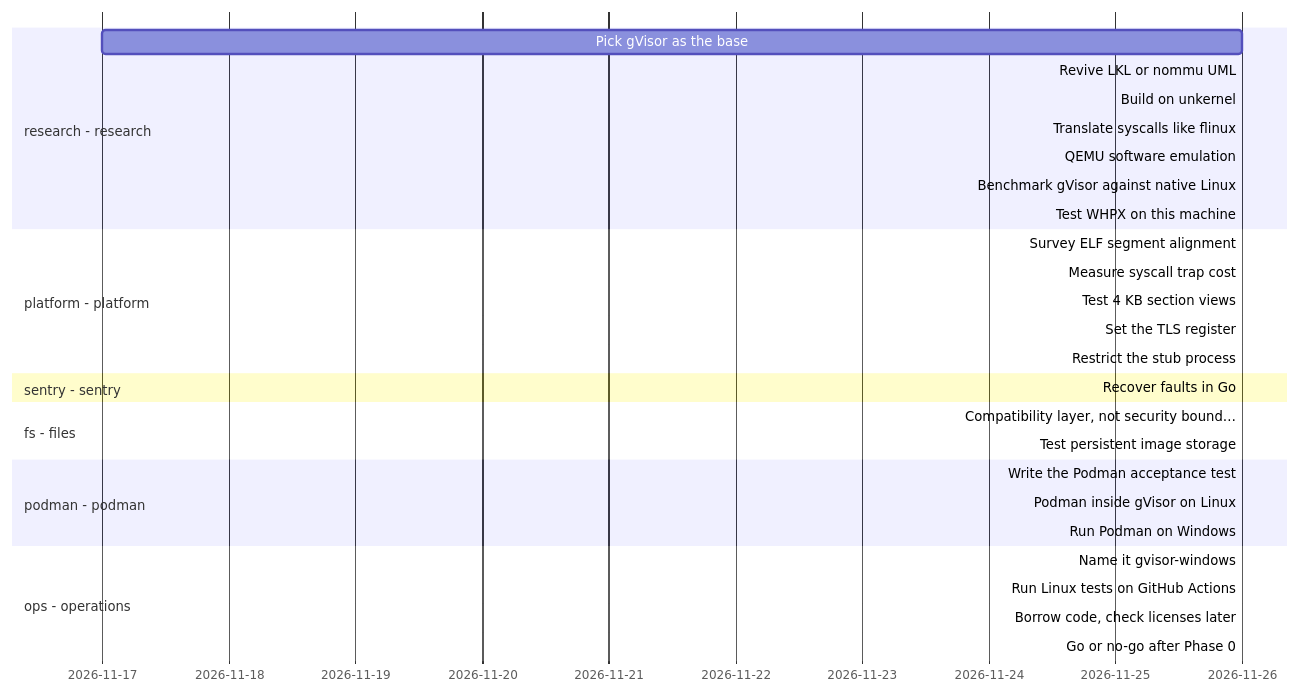
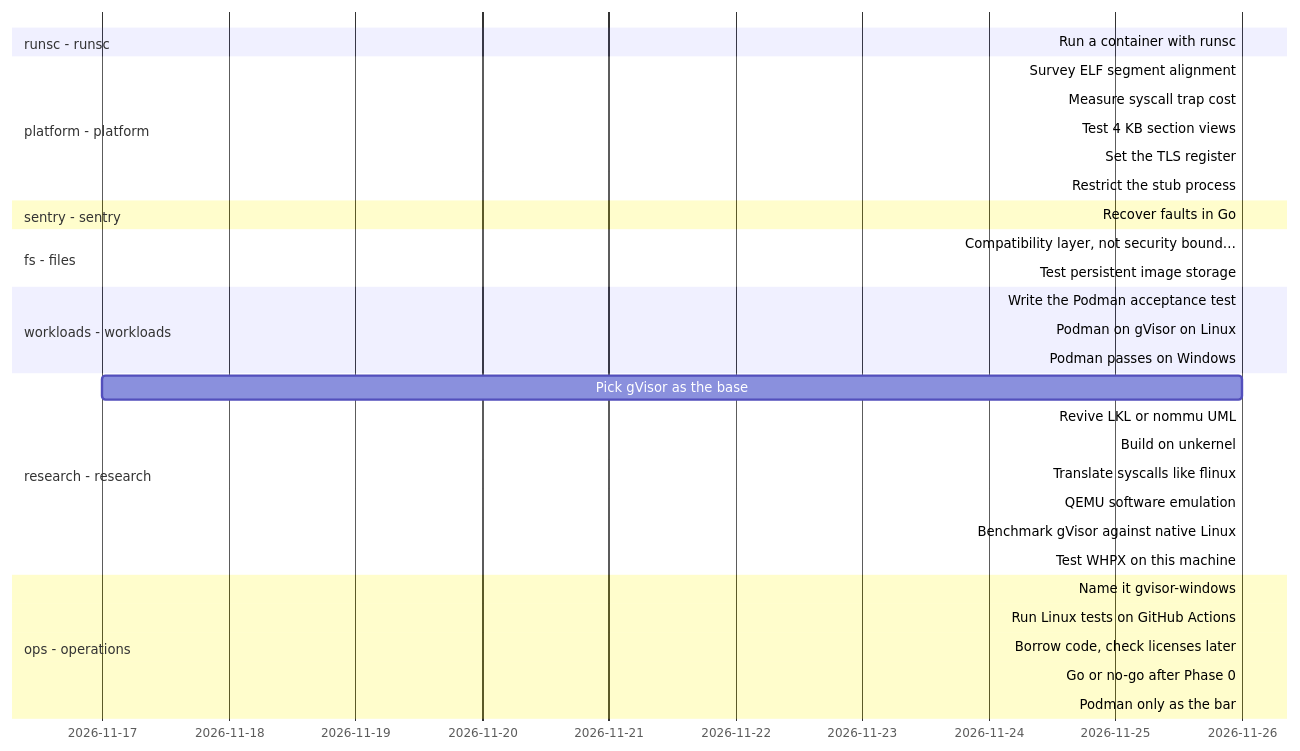
Before and after one commit to lhns/gvisor-windows: the diagram in docs/roadmap/timeline.md, drawn with Mermaid. The commit also changed 15 other files, not shown here.

First line of the commit message:
Frame the fork as gVisor on Windows hosts, Podman only as the bar

````diff
--- a/docs/roadmap/timeline.md
+++ b/docs/roadmap/timeline.md
@@ -10,33 +10,36 @@
 ```mermaid
 gantt
     dateFormat YYYY-MM-DD
     axisFormat %Y-%m-%d
-    section research - research
-    Pick gVisor as the base :research_gvisor_base, 2026-11-17, 2026-11-26
-    Revive LKL or nommu UML :crit, research_lkl_nommu, 2026-11-26, 2026-11-26
-    Build on unkernel :crit, research_unkernel, 2026-11-26, 2026-11-26
-    Translate syscalls like flinux :crit, research_flinux_translation, 2026-11-26, 2026-11-26
-    QEMU software emulation :crit, research_qemu_emulation, 2026-11-26, 2026-11-26
-    Benchmark gVisor against native Linux :active, research_gvisor_benchmark, 2026-11-26, 2026-11-26
-    Test WHPX on this machine :active, research_whpx_this_machine, 2026-11-26, 2026-11-26
+    section runsc - runsc
+    Run a container with runsc :runsc_container_on_windows, 2026-11-26, 2026-11-26
     section platform - platform
     Survey ELF segment alignment :active, platform_elf_alignment_survey, 2026-11-26, 2026-11-26
     Measure syscall trap cost :active, platform_trap_cost, 2026-11-26, 2026-11-26
     Test 4 KB section views :active, platform_4k_section_views, 2026-11-26, 2026-11-26
     Set the TLS register :active, platform_tls_register, 2026-11-26, 2026-11-26
     Restrict the stub process :active, platform_restricted_stub, 2026-11-26, 2026-11-26
     section sentry - sentry
     Recover faults in Go :active, sentry_go_fault_recovery, 2026-11-26, 2026-11-26
     section fs - files
     Compatibility layer, not security bound… :fs_compat_layer_not_boundary, 2026-11-26, 2026-11-26
     Test persistent image storage :active, fs_persistent_image_storage, 2026-11-26, 2026-11-26
-    section podman - podman
-    Write the Podman acceptance test :active, podman_acceptance_test, 2026-11-26, 2026-11-26
-    Podman inside gVisor on Linux :active, podman_inside_gvisor_linux, 2026-11-26, 2026-11-26
-    Run Podman on Windows :podman_acceptance_on_windows, 2026-11-26, 2026-11-26
+    section workloads - workloads
+    Write the Podman acceptance test :active, workloads_acceptance_test, 2026-11-26, 2026-11-26
+    Podman on gVisor on Linux :active, workloads_podman_on_gvisor_linux, 2026-11-26, 2026-11-26
+    Podman passes on Windows :workloads_podman_on_windows, 2026-11-26, 2026-11-26
+    section research - research
+    Pick gVisor as the base :research_gvisor_base, 2026-11-17, 2026-11-26
+    Revive LKL or nommu UML :crit, research_lkl_nommu, 2026-11-26, 2026-11-26
+    Build on unkernel :crit, research_unkernel, 2026-11-26, 2026-11-26
+    Translate syscalls like flinux :crit, research_flinux_translation, 2026-11-26, 2026-11-26
+    QEMU software emulation :crit, research_qemu_emulation, 2026-11-26, 2026-11-26
+    Benchmark gVisor against native Linux :active, research_gvisor_benchmark, 2026-11-26, 2026-11-26
+    Test WHPX on this machine :active, research_whpx_this_machine, 2026-11-26, 2026-11-26
     section ops - operations
     Name it gvisor-windows :ops_name_and_fork, 2026-11-26, 2026-11-26
     Run Linux tests on GitHub Actions :ops_linux_tests_on_actions, 2026-11-26, 2026-11-26
     Borrow code, check licenses later :ops_borrow_code, 2026-11-26, 2026-11-26
     Go or no-go after Phase 0 :ops_phase0_go_no_go, 2026-11-26, 2026-11-26
+    Podman only as the bar :ops_podman_only_the_bar, 2026-11-26, 2026-11-26
 ```
````
